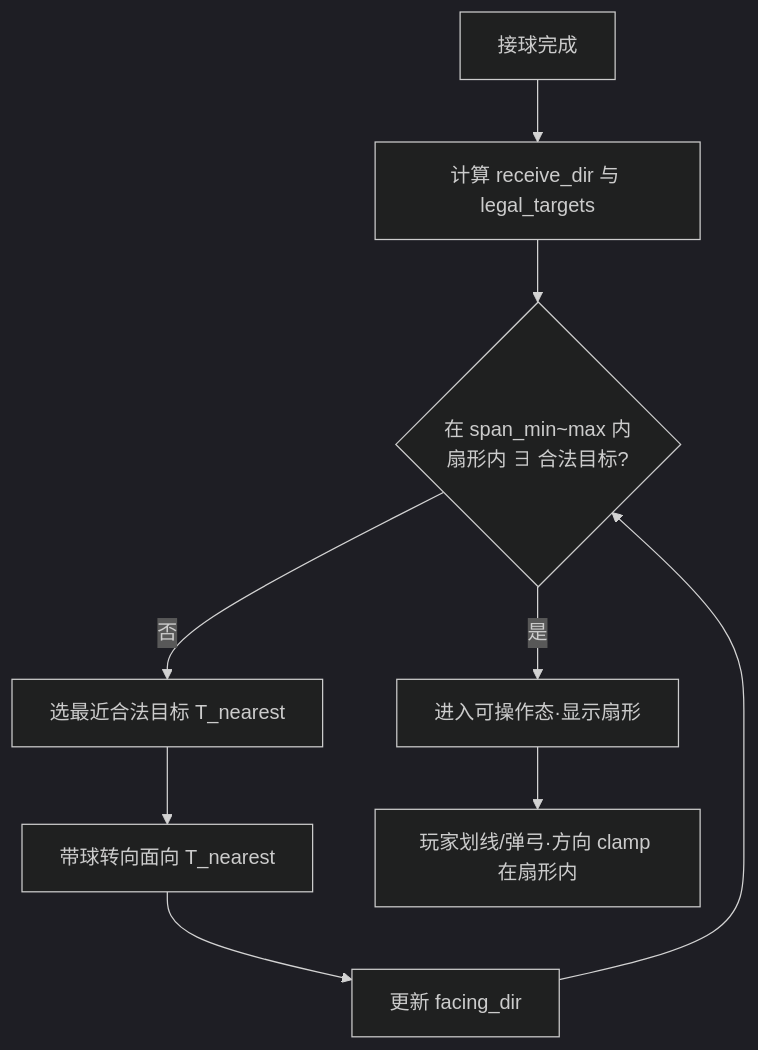
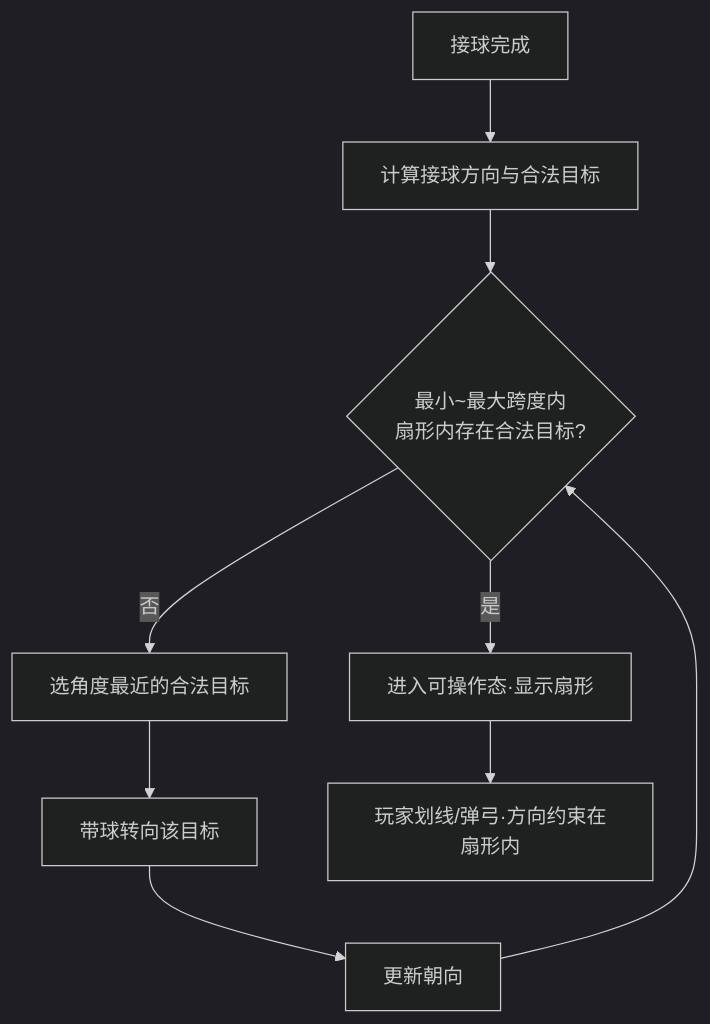
The third of 8 diagrams in output/2026世界杯主题活动.md (RehearsalTap4Fun/MindToDoc), drawn with Mermaid (dark theme) before and after one commit. The commit also changed other lines of this file and 4 other files, not shown here.

````diff
--- a/output/2026世界杯主题活动.md
+++ b/output/2026世界杯主题活动.md
@@ -167,11 +164,11 @@
 ```mermaid
 flowchart TD
-    A[接球完成] --> B[计算 receive_dir 与 legal_targets]
-    B --> C{在 span_min~max 内<br/>扇形内 ∃ 合法目标?}
+    A[接球完成] --> B[计算接球方向与合法目标]
+    B --> C{最小~最大跨度内<br/>扇形内存在合法目标?}
     C -->|是| D[进入可操作态·显示扇形]
-    C -->|否| E[选最近合法目标 T_nearest]
-    E --> F[带球转向面向 T_nearest]
-    F --> G[更新 facing_dir]
+    C -->|否| E[选角度最近的合法目标]
+    E --> F[带球转向该目标]
+    F --> G[更新朝向]
     G --> C
-    D --> H[玩家划线/弹弓·方向 clamp 在扇形内]
+    D --> H[玩家划线/弹弓·方向约束在扇形内]
 ```
````
